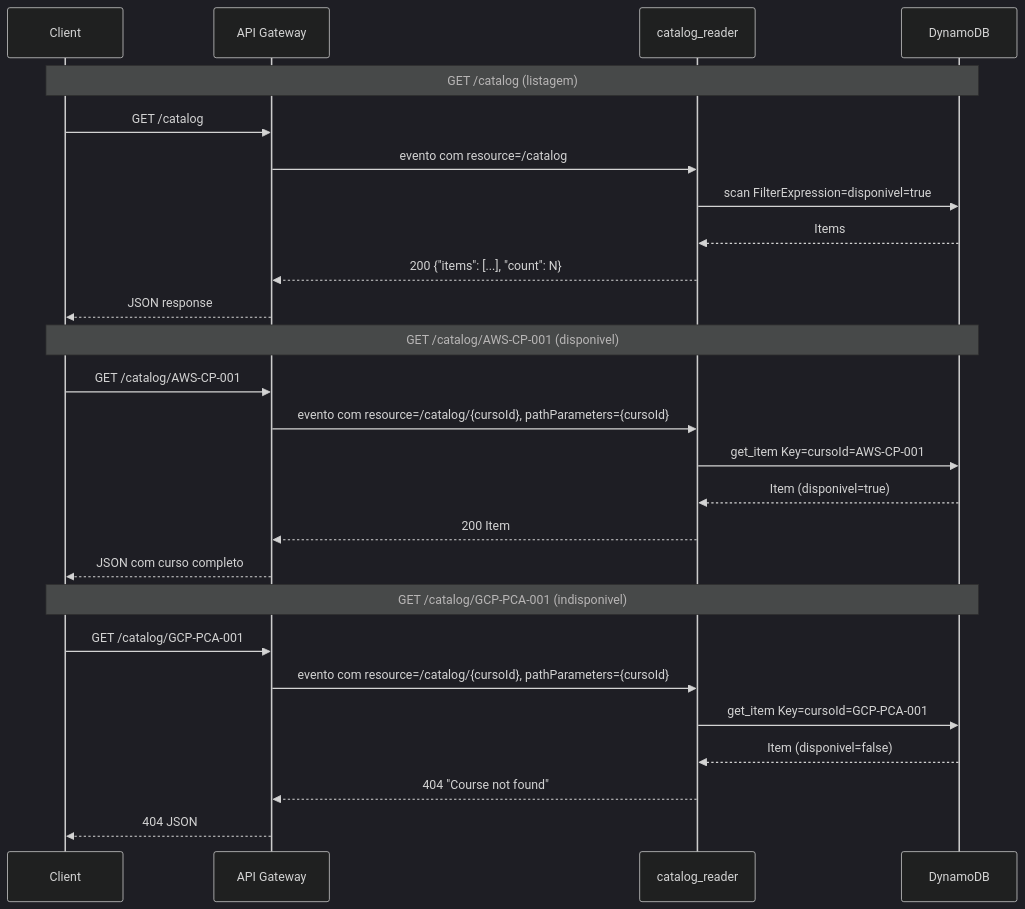
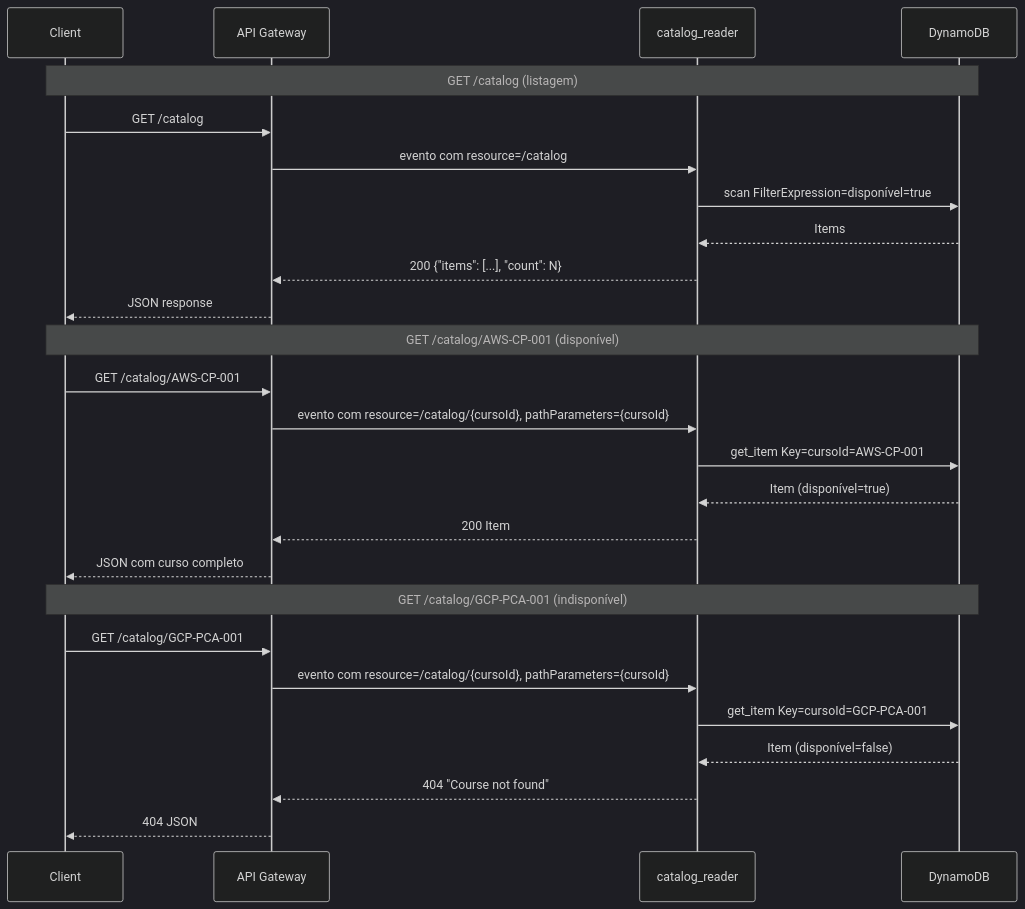
The diagram in docs/catalog_reader.md (DessimA/aws-serverless-order-management), drawn with Mermaid (dark theme) before and after one commit. The commit also changed other lines of this file and 17 other files, not shown here.

Commit message:
docs: portfolio-oriented README, ARCHITECTURE.md, and PT-BR accent fixes

````diff
--- a/docs/catalog_reader.md
+++ b/docs/catalog_reader.md
@@ -54,31 +54,31 @@
 ```mermaid
 sequenceDiagram
     participant Client
     participant API as API Gateway
     participant Lambda as catalog_reader
     participant DDB as DynamoDB
 
     Note over Client,DDB: GET /catalog (listagem)
     Client->>API: GET /catalog
     API->>Lambda: evento com resource=/catalog
-    Lambda->>DDB: scan FilterExpression=disponivel=true
+    Lambda->>DDB: scan FilterExpression=disponível=true
     DDB-->>Lambda: Items
     Lambda-->>API: 200 {"items": [...], "count": N}
     API-->>Client: JSON response
 
-    Note over Client,DDB: GET /catalog/AWS-CP-001 (disponivel)
+    Note over Client,DDB: GET /catalog/AWS-CP-001 (disponível)
     Client->>API: GET /catalog/AWS-CP-001
     API->>Lambda: evento com resource=/catalog/{cursoId}, pathParameters={cursoId}
     Lambda->>DDB: get_item Key=cursoId=AWS-CP-001
-    DDB-->>Lambda: Item (disponivel=true)
+    DDB-->>Lambda: Item (disponível=true)
     Lambda-->>API: 200 Item
     API-->>Client: JSON com curso completo
 
-    Note over Client,DDB: GET /catalog/GCP-PCA-001 (indisponivel)
+    Note over Client,DDB: GET /catalog/GCP-PCA-001 (indisponível)
     Client->>API: GET /catalog/GCP-PCA-001
     API->>Lambda: evento com resource=/catalog/{cursoId}, pathParameters={cursoId}
     Lambda->>DDB: get_item Key=cursoId=GCP-PCA-001
-    DDB-->>Lambda: Item (disponivel=false)
+    DDB-->>Lambda: Item (disponível=false)
     Lambda-->>API: 404 "Course not found"
     API-->>Client: 404 JSON
 ```
````
